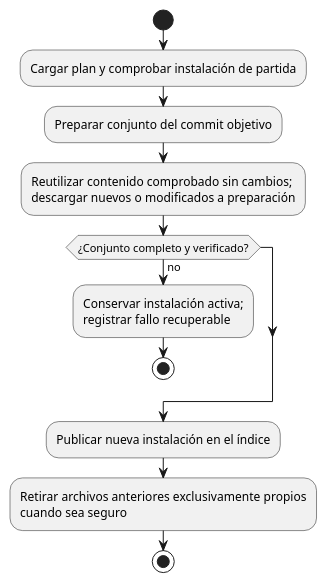
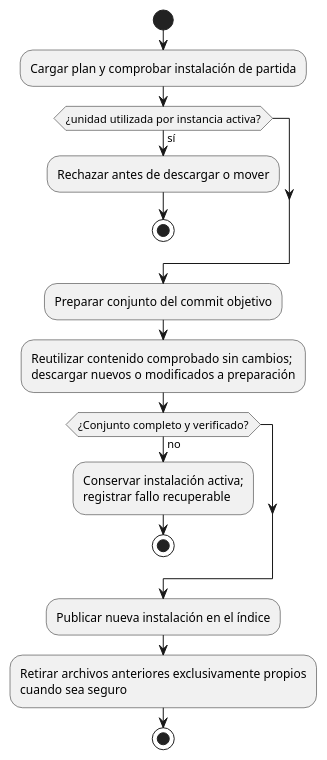
Before and after one commit to mstranich/coquena: the second of 2 diagrams in docs/implementacion-catalogo-modelos.md, drawn with PlantUML. The commit also changed other lines of this file and 10 other files, not shown here.

````diff
--- a/docs/implementacion-catalogo-modelos.md
+++ b/docs/implementacion-catalogo-modelos.md
@@ -211,15 +211,19 @@
 ```plantuml
 @startuml
 start
 :Cargar plan y comprobar instalación de partida;
+if (¿unidad utilizada por instancia activa?) then (sí)
+  :Rechazar antes de descargar o mover;
+  stop
+endif
 :Preparar conjunto del commit objetivo;
 :Reutilizar contenido comprobado sin cambios;\ndescargar nuevos o modificados a preparación;
 if (¿Conjunto completo y verificado?) then (no)
   :Conservar instalación activa;\nregistrar fallo recuperable;
   stop
 endif
 :Publicar nueva instalación en el índice;
 :Retirar archivos anteriores exclusivamente propios\ncuando sea seguro;
 stop
 @enduml
 ```
````
